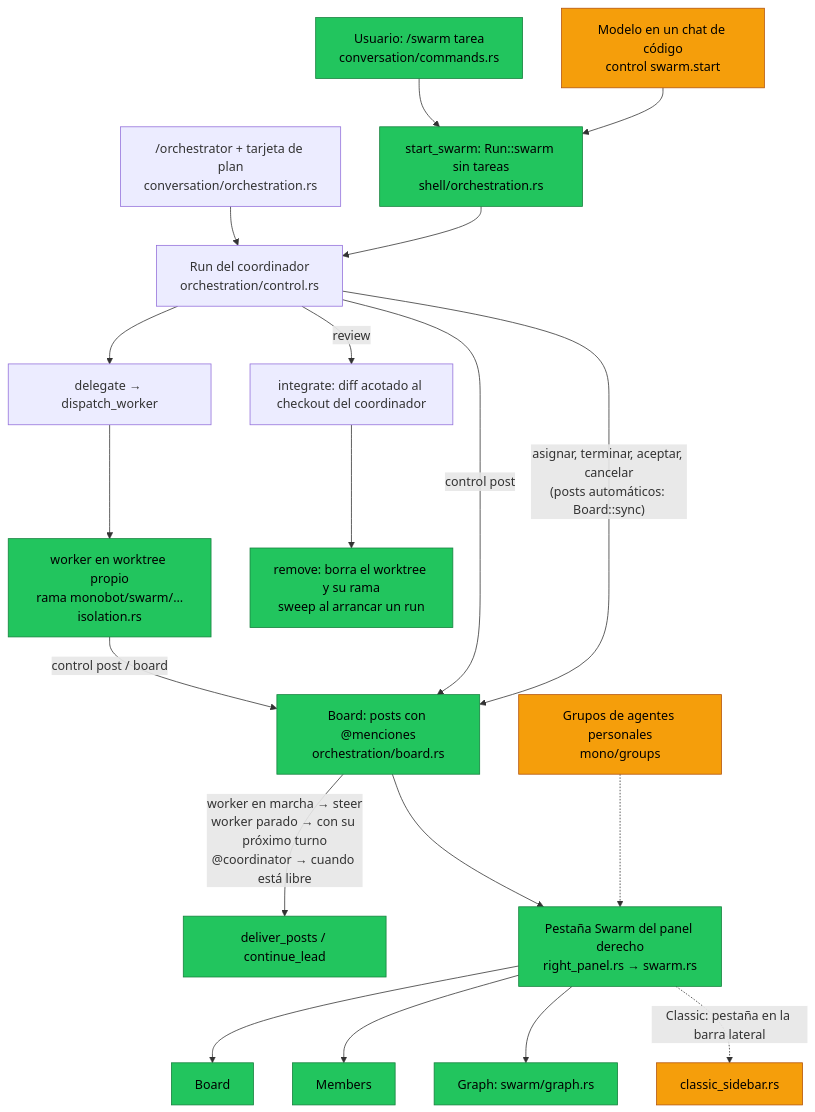
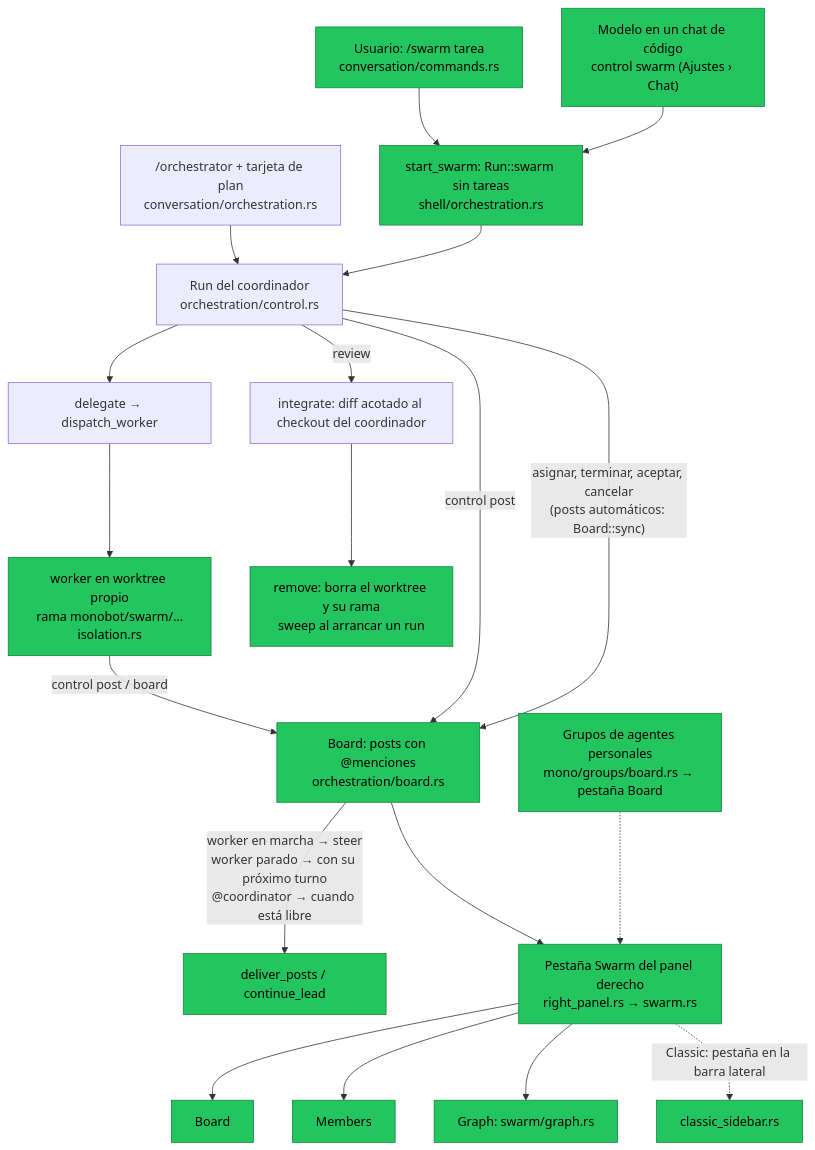
The diagram in docs/in-progress/swarm.md (crhistian-cornejo/monoBOT), drawn with Mermaid before and after one commit. The commit also changed other lines of this file and 27 other files, not shown here.

First line of the commit message:
Swarm: Classic sidebar tab, agents that start swarms, roles pinned from /swarm, a Board for groups, and a graph you can click

````diff
--- a/docs/in-progress/swarm.md
+++ b/docs/in-progress/swarm.md
@@ -12,23 +12,23 @@
 ```mermaid
 flowchart TD
     U["Usuario: /swarm tarea<br/>conversation/commands.rs"]:::hecho --> S
-    M["Modelo en un chat de código<br/>control swarm.start"]:::pendiente --> S
+    M["Modelo en un chat de código<br/>control swarm (Ajustes › Chat)"]:::hecho --> S
     O["/orchestrator + tarjeta de plan<br/>conversation/orchestration.rs"] --> L
     S["start_swarm: Run::swarm sin tareas<br/>shell/orchestration.rs"]:::hecho --> L
     L["Run del coordinador<br/>orchestration/control.rs"] --> D["delegate → dispatch_worker"]
     D --> W["worker en worktree propio<br/>rama monobot/swarm/…<br/>isolation.rs"]:::hecho
     W -- "control post / board" --> B["Board: posts con @menciones<br/>orchestration/board.rs"]:::hecho
     L -- "control post" --> B
     L -- "asignar, terminar, aceptar, cancelar<br/>(posts automáticos: Board::sync)" --> B
     B -- "worker en marcha → steer<br/>worker parado → con su próximo turno<br/>@coordinator → cuando está libre" --> R["deliver_posts / continue_lead"]:::hecho
     L -- "review" --> I["integrate: diff acotado al checkout del coordinador"]
     I --> C["remove: borra el worktree y su rama<br/>sweep al arrancar un run"]:::hecho
     B --> P["Pestaña Swarm del panel derecho<br/>right_panel.rs → swarm.rs"]:::hecho
     P --> PB["Board"]:::hecho
     P --> PM["Members"]:::hecho
     P --> PG["Graph: swarm/graph.rs"]:::hecho
-    P -. "Classic: pestaña en la barra lateral" .-> CL["classic_sidebar.rs"]:::pendiente
-    G["Grupos de agentes personales<br/>mono/groups"]:::pendiente -.-> P
+    P -. "Classic: pestaña en la barra lateral" .-> CL["classic_sidebar.rs"]:::hecho
+    G["Grupos de agentes personales<br/>mono/groups/board.rs → pestaña Board"]:::hecho -.-> P
     classDef hecho fill:#22c55e,stroke:#15803d,color:#000
     classDef pendiente fill:#f59e0b,stroke:#b45309,color:#000
 ```
````
